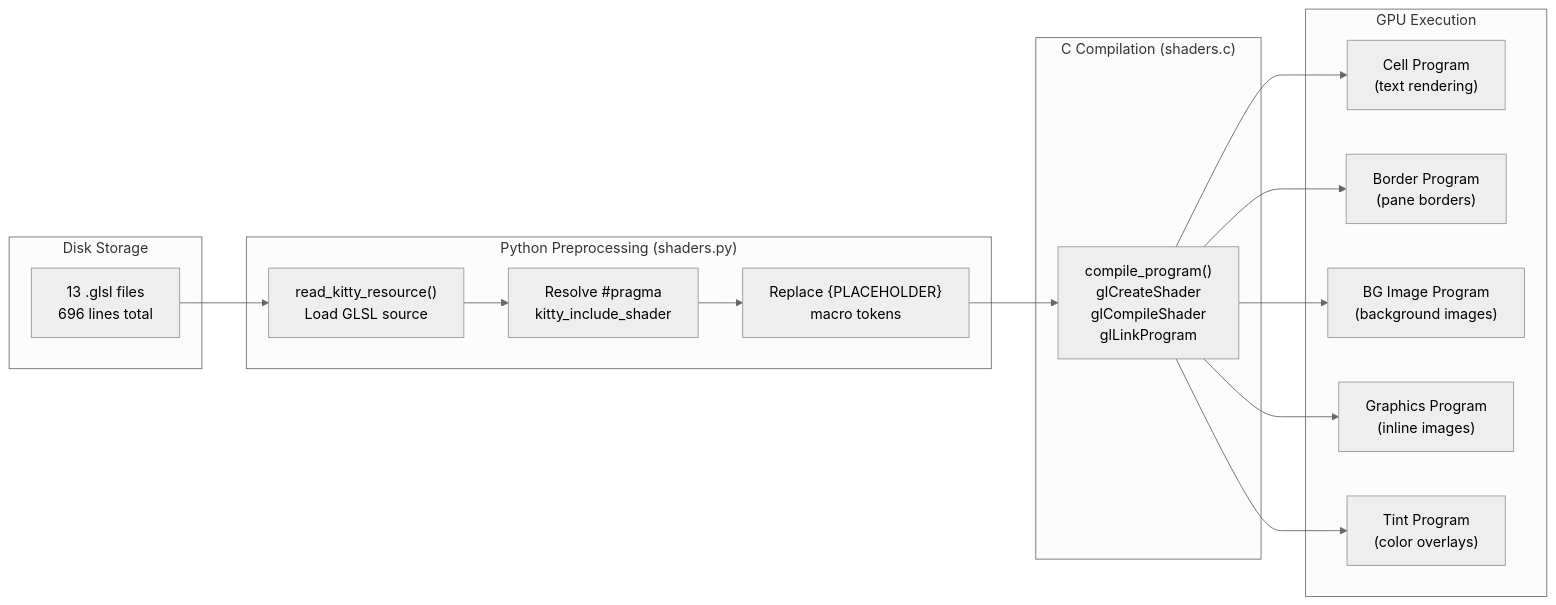
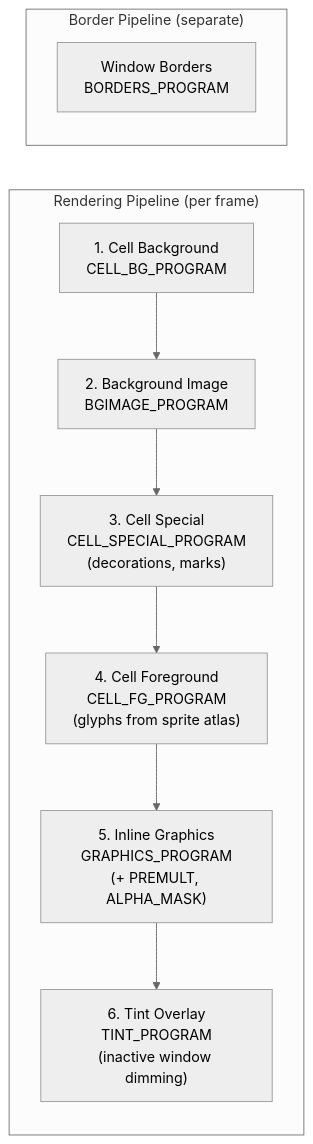
Before and after one commit to blitzy-research/kitty: the second of 5 diagrams in blitzy/documentation/kitty_815df1e210e0.md, drawn with Mermaid (neutral theme). The commit also changed other lines of this file, not shown here.

First line of the commit message:
Create comprehensive architecture exploration document answering five Q&A questions about kitty's language roles, shader centrality, native bridge, and kittens modularity

````diff
--- a/blitzy/documentation/kitty_815df1e210e0.md
+++ b/blitzy/documentation/kitty_815df1e210e0.md
@@ -246,31 +227,14 @@
 ```mermaid
-flowchart LR
-    subgraph "Disk Storage"
-        glsl["13 .glsl files<br/>696 lines total"]
+graph LR
+    subgraph "Rendering Pipeline (per frame)"
+        A["1. Cell Background<br/>CELL_BG_PROGRAM"] --> B["2. Background Image<br/>BGIMAGE_PROGRAM"]
+        B --> C["3. Cell Special<br/>CELL_SPECIAL_PROGRAM<br/>(decorations, marks)"]
+        C --> D["4. Cell Foreground<br/>CELL_FG_PROGRAM<br/>(glyphs from sprite atlas)"]
+        D --> E["5. Inline Graphics<br/>GRAPHICS_PROGRAM<br/>(+ PREMULT, ALPHA_MASK)"]
+        E --> F["6. Tint Overlay<br/>TINT_PROGRAM<br/>(inactive window dimming)"]
     end
 
-    subgraph "Python Preprocessing (shaders.py)"
-        load["read_kitty_resource()<br/>Load GLSL source"]
-        include["Resolve #pragma<br/>kitty_include_shader"]
-        macro["Replace {PLACEHOLDER}<br/>macro tokens"]
+    subgraph "Border Pipeline (separate)"
+        G["Window Borders<br/>BORDERS_PROGRAM"]
     end
-
-    subgraph "C Compilation (shaders.c)"
-        compile["compile_program()<br/>glCreateShader<br/>glCompileShader<br/>glLinkProgram"]
-    end
-
-    subgraph "GPU Execution"
-        cell["Cell Program<br/>(text rendering)"]
-        border["Border Program<br/>(pane borders)"]
-        bgimage["BG Image Program<br/>(background images)"]
-        graphics["Graphics Program<br/>(inline images)"]
-        tint["Tint Program<br/>(color overlays)"]
-    end
-
-    glsl --> load --> include --> macro --> compile
-    compile --> cell
-    compile --> border
-    compile --> bgimage
-    compile --> graphics
-    compile --> tint
 ```
````
